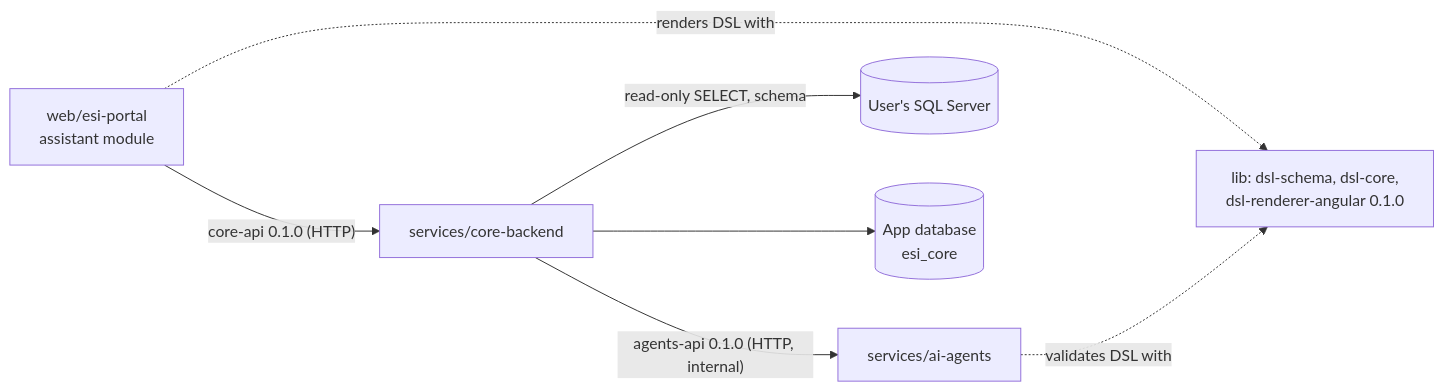
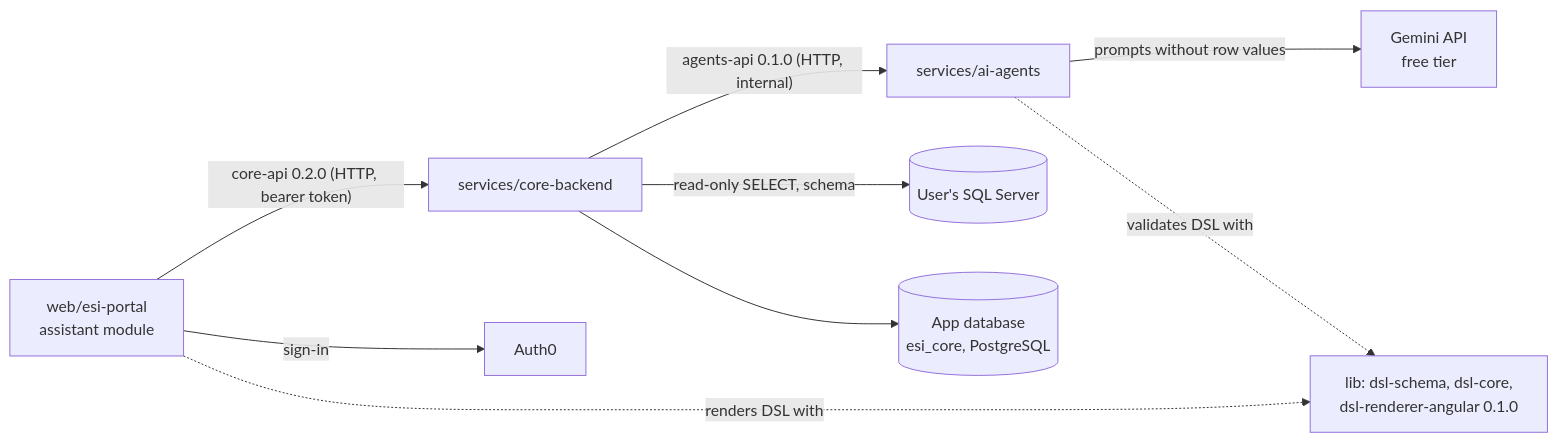
The diagram in docs/features/README.md (dtnam0899/edge-side-includes), drawn with Mermaid before and after one commit. The commit also changed other lines of this file and 12 other files, not shown here.

````diff
--- a/docs/features/README.md
+++ b/docs/features/README.md
@@ -32,9 +32,11 @@
 ```mermaid
 flowchart LR
-  P["web/esi-portal<br/>assistant module"] -- core-api 0.1.0 (HTTP) --> C["services/core-backend"]
+  P["web/esi-portal<br/>assistant module"] -- core-api 0.2.0 (HTTP, bearer token) --> C["services/core-backend"]
   C -- agents-api 0.1.0 (HTTP, internal) --> A["services/ai-agents"]
   C -- read-only SELECT, schema --> D[("User's SQL Server")]
-  C --> DB[("App database<br/>esi_core")]
+  C --> DB[("App database<br/>esi_core, PostgreSQL")]
+  A -- prompts without row values --> G["Gemini API<br/>free tier"]
+  P -- sign-in --> AU["Auth0"]
   P -. renders DSL with .-> L["lib: dsl-schema, dsl-core,<br/>dsl-renderer-angular 0.1.0"]
   A -. validates DSL with .-> L
 ```
````
